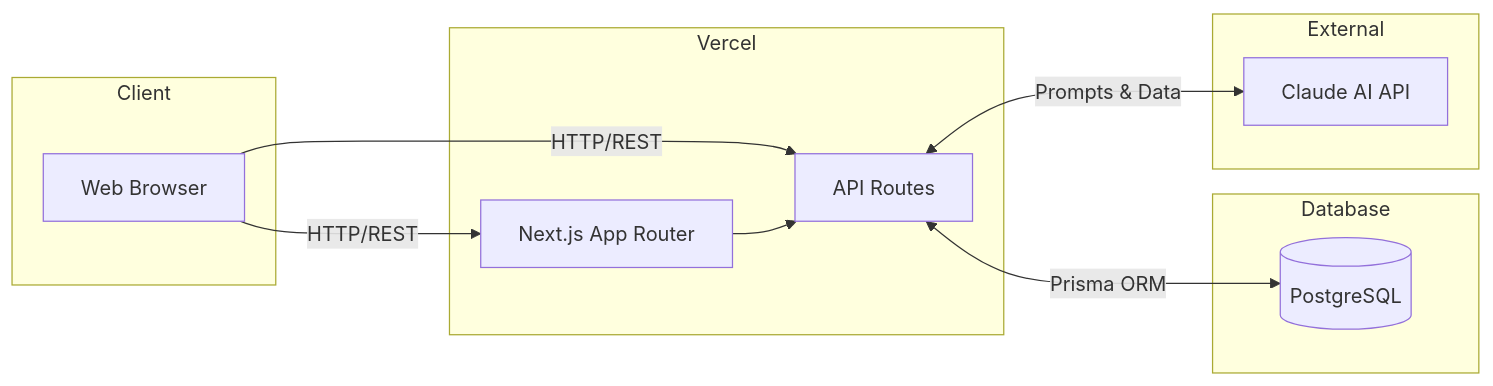
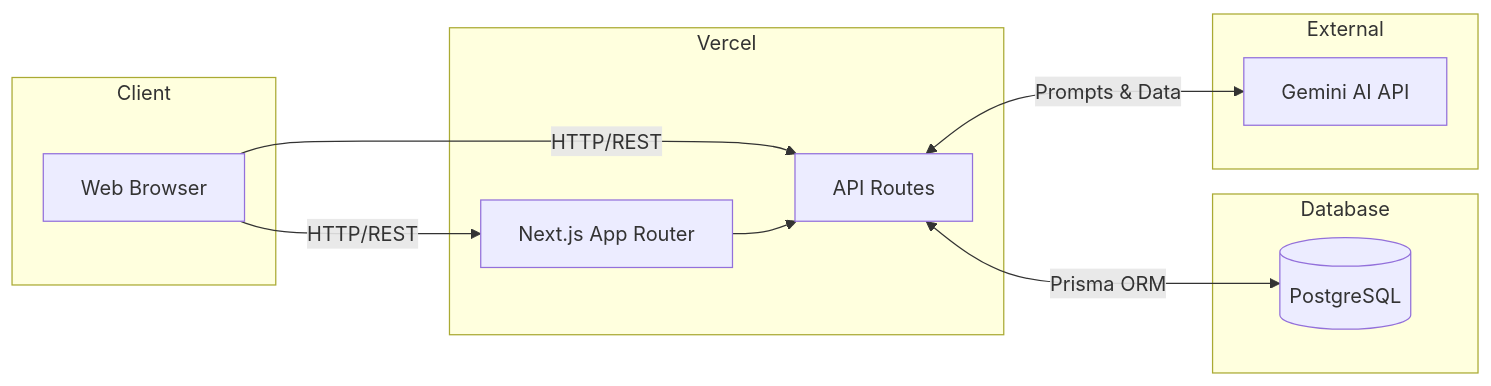
The diagram in README.md (tanisha259/AI_Customer_Feedback), drawn with Mermaid before and after one commit. The commit also changed other lines of this file, not shown here.

Commit message:
docs: update README to correctly reflect the use of Google Gemini AI instead of Anthropic Claude

````diff
--- a/README.md
+++ b/README.md
@@ -63,25 +63,25 @@
 ```mermaid
 graph LR
     subgraph Client
         Browser[Web Browser]
     end
 
     subgraph Vercel
         App[Next.js App Router]
         API[API Routes]
     end
 
     subgraph Database
         DB[(PostgreSQL)]
     end
 
     subgraph External
-        Claude[Claude AI API]
+        Gemini[Gemini AI API]
     end
 
     Browser -->|HTTP/REST| App
     Browser -->|HTTP/REST| API
     App --> API
     API <-->|Prisma ORM| DB
-    API <-->|Prompts & Data| Claude
+    API <-->|Prompts & Data| Gemini
 ```
````
